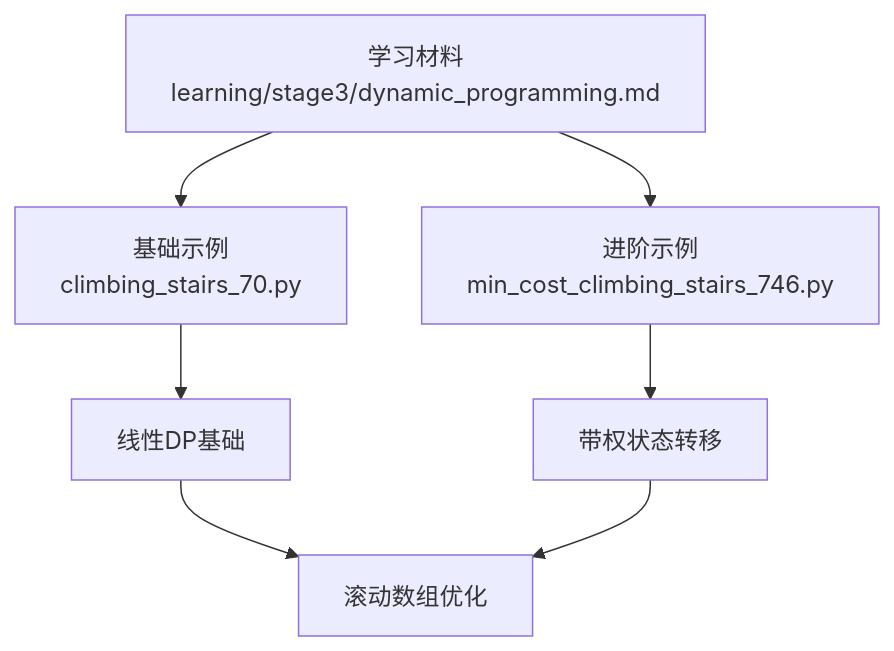
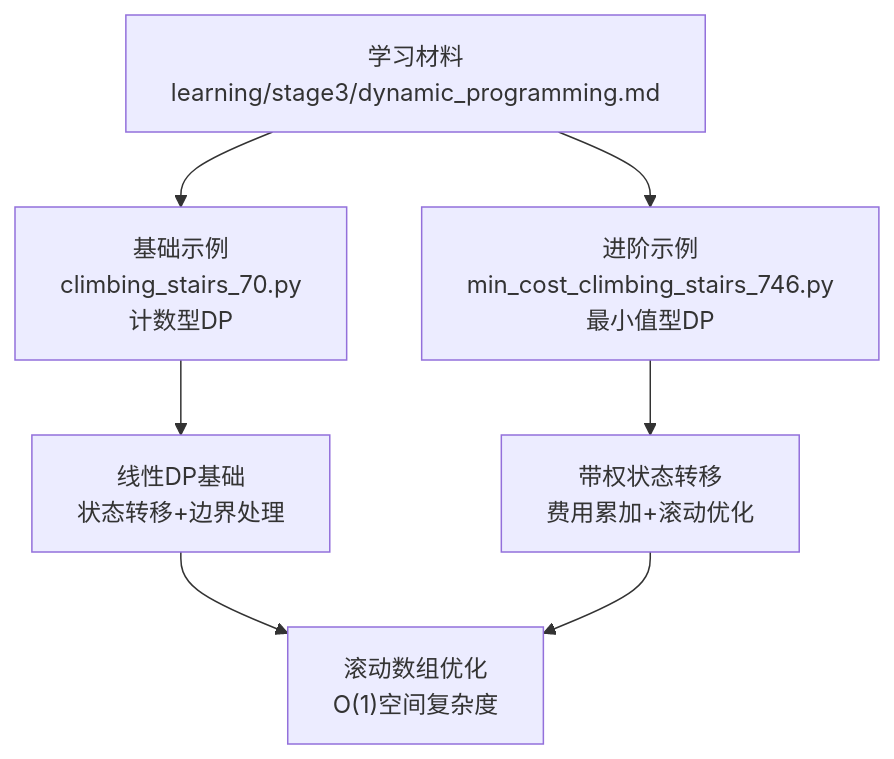
Before and after one commit to jameingh/x-leetcode: the first of 4 diagrams in .qoder/repowiki/zh/content/学习路径指南/第三阶段：高级算法学习指南/动态规划学习指南.md, drawn with Mermaid. The commit also changed other lines of this file and 33 other files, not shown here.

````diff
--- a/.qoder/repowiki/zh/content/学习路径指南/第三阶段：高级算法学习指南/动态规划学习指南.md
+++ b/.qoder/repowiki/zh/content/学习路径指南/第三阶段：高级算法学习指南/动态规划学习指南.md
@@ -36,9 +37,9 @@
 ```mermaid
 graph TB
-A["学习材料<br/>learning/stage3/dynamic_programming.md"] --> B["基础示例<br/>climbing_stairs_70.py"]
-A --> C["进阶示例<br/>min_cost_climbing_stairs_746.py"]
-B --> D["线性DP基础"]
-C --> E["带权状态转移"]
-D --> F["滚动数组优化"]
+A["学习材料<br/>learning/stage3/dynamic_programming.md"] --> B["基础示例<br/>climbing_stairs_70.py<br/>计数型DP"]
+A --> C["进阶示例<br/>min_cost_climbing_stairs_746.py<br/>最小值型DP"]
+B --> D["线性DP基础<br/>状态转移+边界处理"]
+C --> E["带权状态转移<br/>费用累加+滚动优化"]
+D --> F["滚动数组优化<br/>O(1)空间复杂度"]
 E --> F
 ```
````
